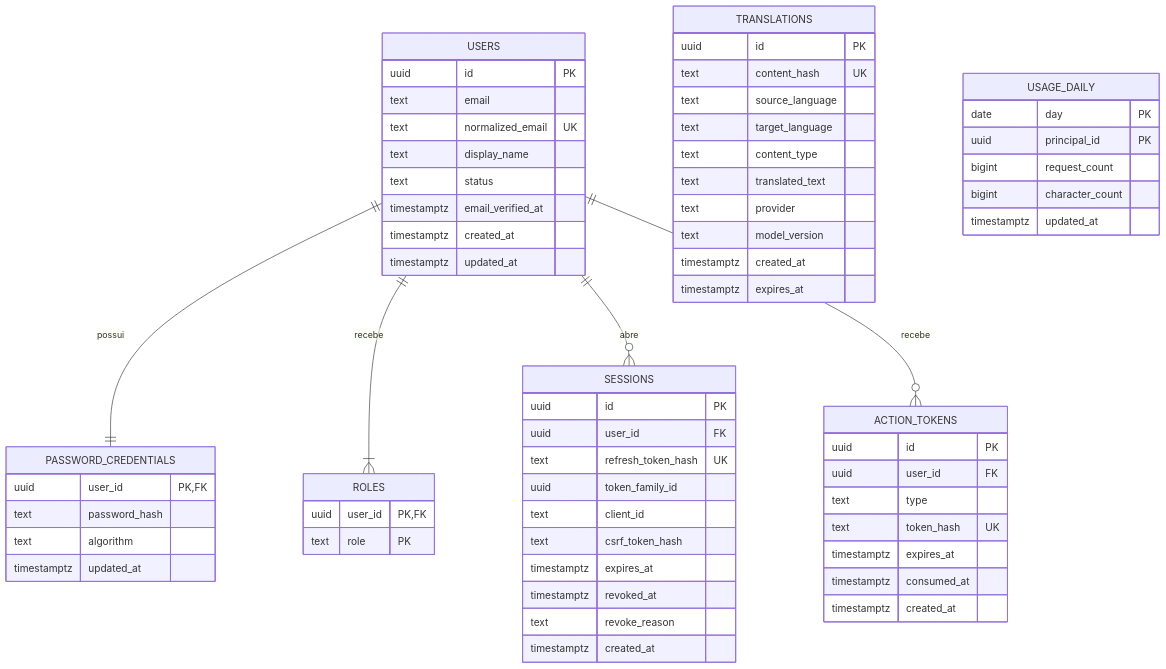
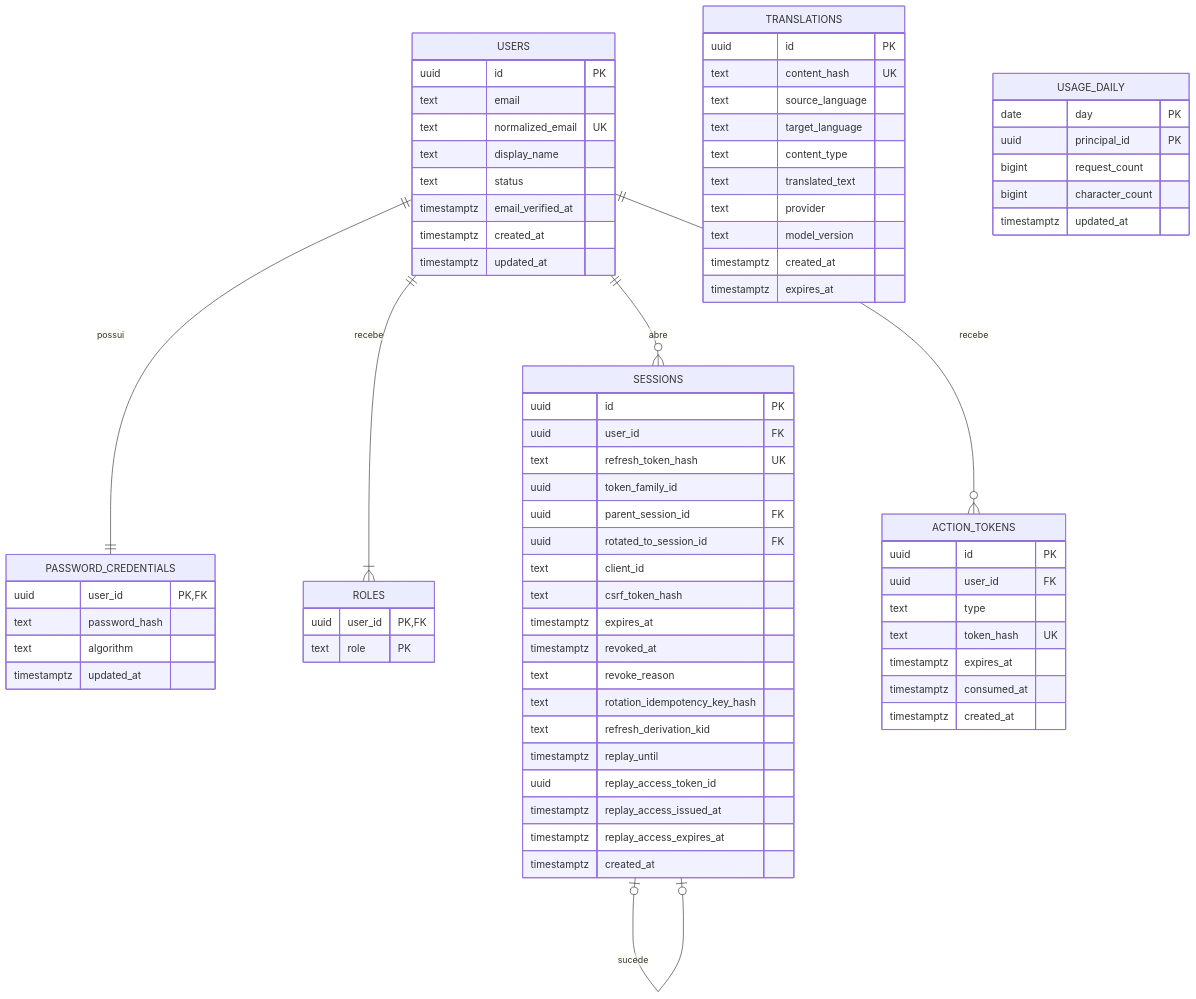
One commit to Drufontael/mykytadu-api changed the sixth of 14 diagrams in docs/modelagem.md. Above: the diagram before and after it, drawn with Mermaid. The commit also changed other lines of this file and 15 other files, not shown here.

````diff
--- a/docs/modelagem.md
+++ b/docs/modelagem.md
@@ -298,68 +316,77 @@
 ```mermaid
 erDiagram
     USERS {
         uuid id PK
         text email
         text normalized_email UK
         text display_name
         text status
         timestamptz email_verified_at
         timestamptz created_at
         timestamptz updated_at
     }
     PASSWORD_CREDENTIALS {
         uuid user_id PK,FK
         text password_hash
         text algorithm
         timestamptz updated_at
     }
     ROLES {
         uuid user_id PK,FK
         text role PK
     }
     SESSIONS {
         uuid id PK
         uuid user_id FK
         text refresh_token_hash UK
         uuid token_family_id
+        uuid parent_session_id FK
+        uuid rotated_to_session_id FK
         text client_id
         text csrf_token_hash
         timestamptz expires_at
         timestamptz revoked_at
         text revoke_reason
+        text rotation_idempotency_key_hash
+        text refresh_derivation_kid
+        timestamptz replay_until
+        uuid replay_access_token_id
+        timestamptz replay_access_issued_at
+        timestamptz replay_access_expires_at
         timestamptz created_at
     }
     ACTION_TOKENS {
         uuid id PK
         uuid user_id FK
         text type
         text token_hash UK
         timestamptz expires_at
         timestamptz consumed_at
         timestamptz created_at
     }
     TRANSLATIONS {
         uuid id PK
         text content_hash UK
         text source_language
         text target_language
         text content_type
         text translated_text
         text provider
         text model_version
         timestamptz created_at
         timestamptz expires_at
     }
     USAGE_DAILY {
         date day PK
         uuid principal_id PK
         bigint request_count
         bigint character_count
         timestamptz updated_at
     }
 
     USERS ||--|| PASSWORD_CREDENTIALS : possui
     USERS ||--|{ ROLES : recebe
     USERS ||--o{ SESSIONS : abre
+    SESSIONS o|--o| SESSIONS : sucede
     USERS ||--o{ ACTION_TOKENS : recebe
 ```
````
